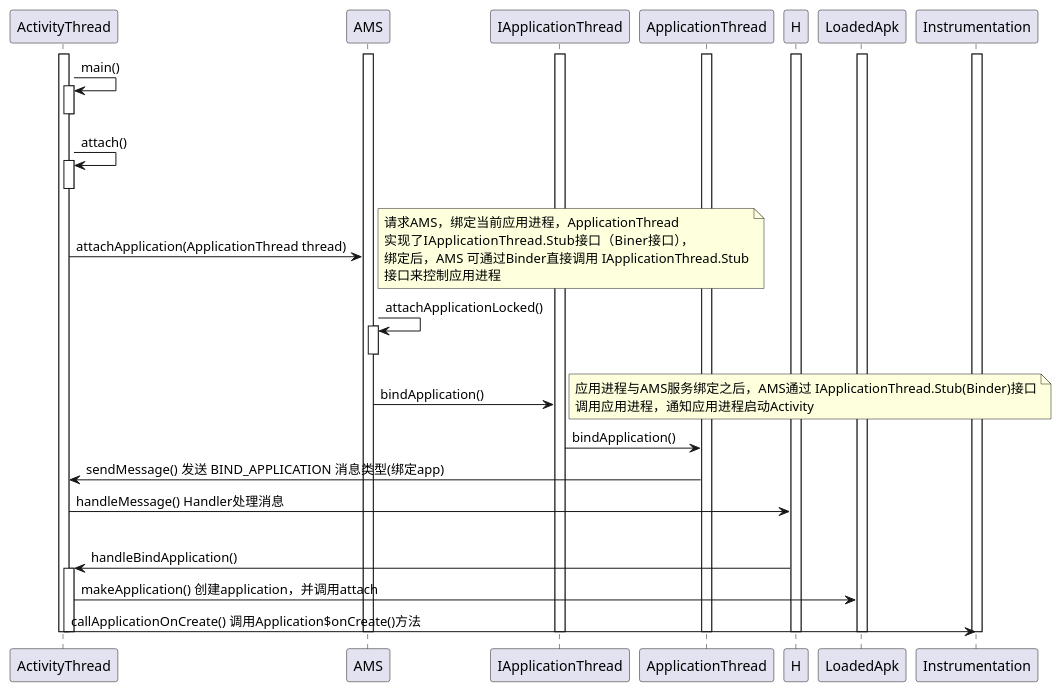
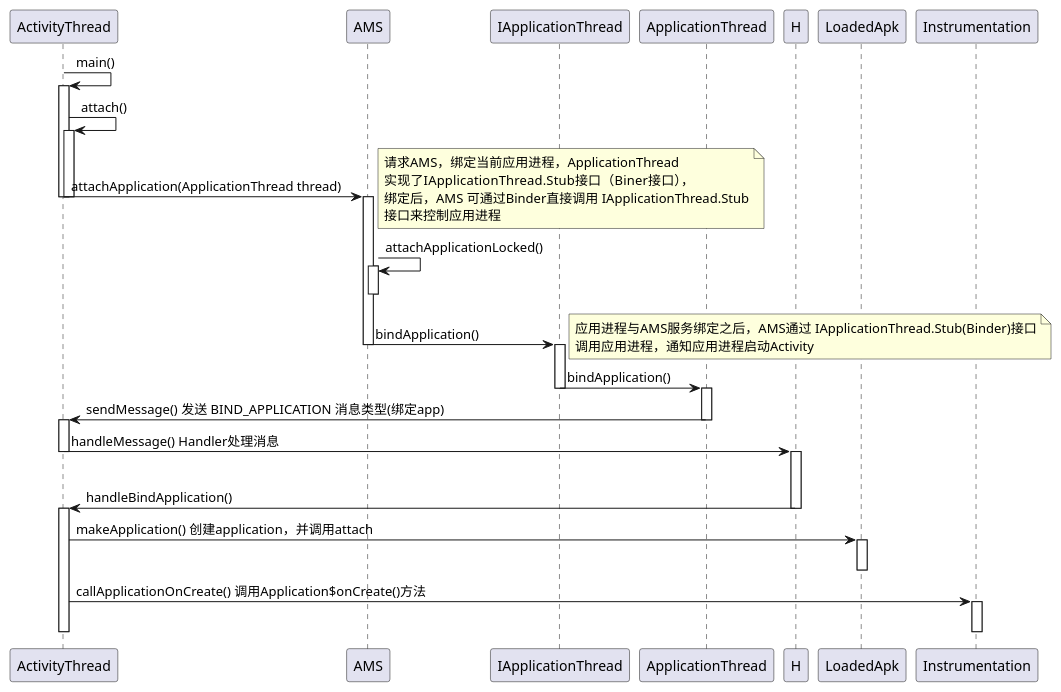
One commit to xHonghui/android-26 changed the diagram in doc/activity/activity_launcher_1.puml. Above: the diagram before and after it, drawn with PlantUML. The commit also changed 4 other files, not shown here.

Commit message:
feat: puml流程图标准调整；

```diff
--- a/doc/activity/activity_launcher_1.puml
+++ b/doc/activity/activity_launcher_1.puml
@@ -1,60 +1,81 @@
 @startuml
 'https://plantuml.com/sequence-diagram
 '应用进程绑定AMS（建立Binder通信、创建Application）
 participant ActivityThread
 participant AMS
 participant IApplicationThread
 participant ApplicationThread
 participant H
 participant LoadedApk
 participant Instrumentation
 
-activate ActivityThread
-activate IApplicationThread
-activate ApplicationThread
-activate AMS
-activate H
-activate LoadedApk
-activate Instrumentation
+'activate ActivityThread
+'activate IApplicationThread
+'activate ApplicationThread
+'activate AMS
+'activate H
+'activate LoadedApk
+'activate Instrumentation
 
 
 ActivityThread -> ActivityThread: main()
 activate ActivityThread
-deactivate ActivityThread
 ActivityThread -> ActivityThread: attach()
 activate ActivityThread
-deactivate ActivityThread
 ActivityThread -> AMS: attachApplication(ApplicationThread thread)
 note right
     请求AMS，绑定当前应用进程，ApplicationThread
     实现了IApplicationThread.Stub接口（Biner接口），
     绑定后，AMS 可通过Binder直接调用 IApplicationThread.Stub
     接口来控制应用进程
 end note
+deactivate ActivityThread
+deactivate ActivityThread
+
+activate AMS
 AMS -> AMS: attachApplicationLocked()
 activate AMS
 deactivate AMS
 AMS -> IApplicationThread: bindApplication()
 note right
     应用进程与AMS服务绑定之后，AMS通过 IApplicationThread.Stub(Binder)接口
     调用应用进程，通知应用进程启动Activity
 end note
+deactivate AMS
+
+activate IApplicationThread
 IApplicationThread -> ApplicationThread: bindApplication()
+deactivate IApplicationThread
+
+activate ApplicationThread
 ApplicationThread -> ActivityThread: sendMessage() 发送 BIND_APPLICATION 消息类型(绑定app)
+deactivate ApplicationThread
+
+activate ActivityThread
 ActivityThread -> H: handleMessage() Handler处理消息
+deactivate ActivityThread
+
 |||
+activate H
+H -> ActivityThread: handleBindApplication()
+deactivate H
 
-H -> ActivityThread: handleBindApplication()
 activate ActivityThread
 ActivityThread -> LoadedApk: makeApplication() 创建application，并调用attach
+activate LoadedApk
+deactivate LoadedApk
+
 ActivityThread -> Instrumentation: callApplicationOnCreate() 调用Application$onCreate()方法
+activate Instrumentation
+deactivate Instrumentation
 deactivate ActivityThread
 
-deactivate ActivityThread
-deactivate IApplicationThread
-deactivate ApplicationThread
-deactivate AMS
-deactivate H
-deactivate LoadedApk
-deactivate Instrumentation
+'deactivate ActivityThread
+'deactivate IApplicationThread
+'deactivate ApplicationThread
+'deactivate AMS
+'deactivate H
+'deactivate LoadedApk
+'deactivate Instrumentation
+
 @enduml
```
